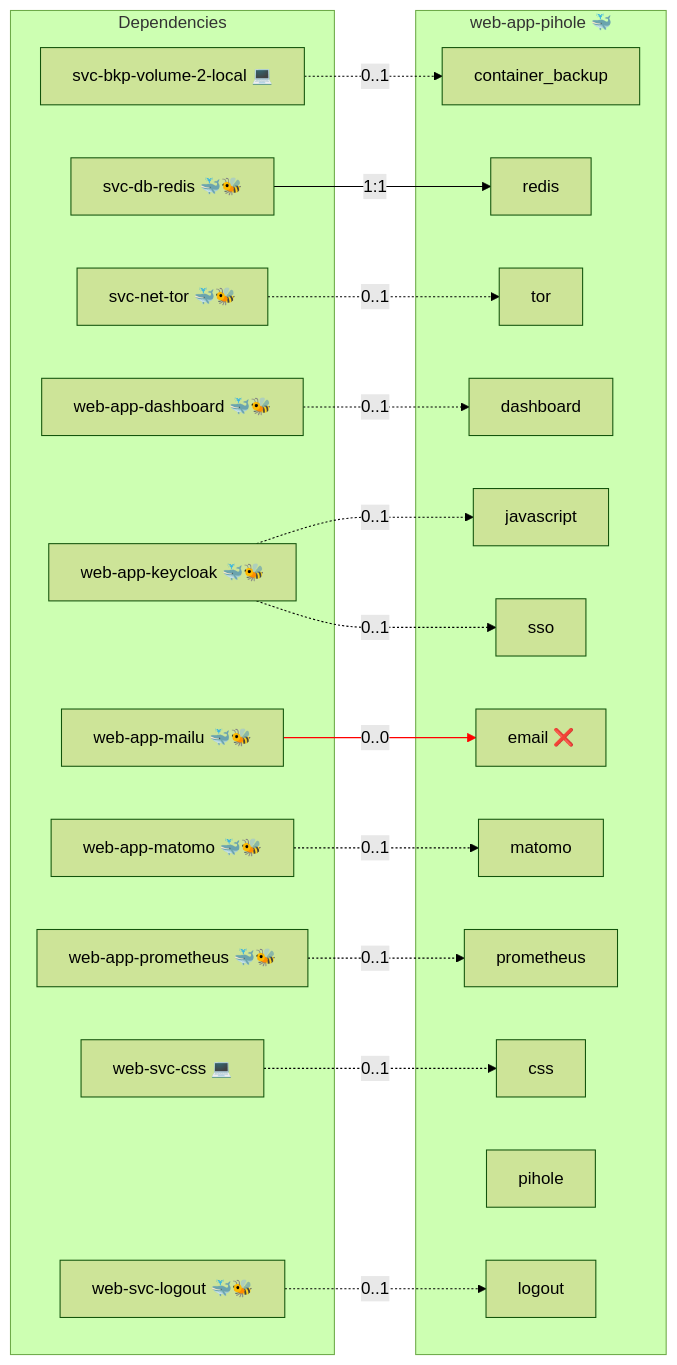
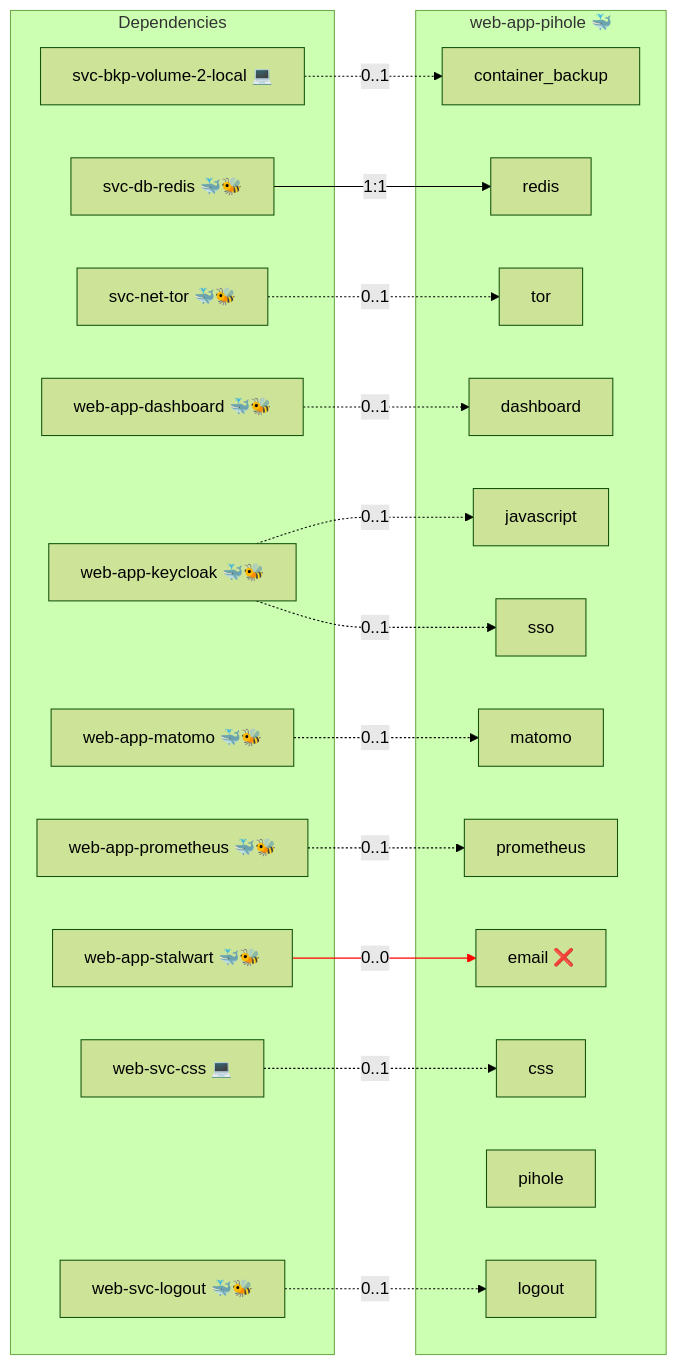
Before and after one commit to AlejandroRomanIbanez/infinito-nexus: the diagram in roles/web-app-pihole/README.md, drawn with Mermaid (forest theme). The commit also changed 67 other files, not shown here.

````diff
--- a/roles/web-app-pihole/README.md
+++ b/roles/web-app-pihole/README.md
@@ -17,41 +17,41 @@
 ```mermaid
 flowchart LR
     subgraph deps [Dependencies]
         dep_svc_bkp_volume_2_local["svc-bkp-volume-2-local 💻"]
         dep_svc_db_redis["svc-db-redis 🐳🐝"]
         dep_svc_net_tor["svc-net-tor 🐳🐝"]
         dep_web_app_dashboard["web-app-dashboard 🐳🐝"]
         dep_web_app_keycloak["web-app-keycloak 🐳🐝"]
-        dep_web_app_mailu["web-app-mailu 🐳🐝"]
         dep_web_app_matomo["web-app-matomo 🐳🐝"]
         dep_web_app_prometheus["web-app-prometheus 🐳🐝"]
+        dep_web_app_stalwart["web-app-stalwart 🐳🐝"]
         dep_web_svc_css["web-svc-css 💻"]
         dep_web_svc_logout["web-svc-logout 🐳🐝"]
     end
     subgraph role [web-app-pihole 🐳]
         svc_logout["logout"]
         svc_dashboard["dashboard"]
         svc_matomo["matomo"]
         svc_email["email ❌"]
         svc_redis["redis"]
         svc_javascript["javascript"]
         svc_prometheus["prometheus"]
         svc_tor["tor"]
         svc_css["css"]
         svc_sso["sso"]
         svc_pihole["pihole"]
         svc_container_backup["container_backup"]
     end
     dep_svc_bkp_volume_2_local -. "0..1" .-> svc_container_backup
     dep_svc_db_redis -- "1:1" --> svc_redis
     dep_svc_net_tor -. "0..1" .-> svc_tor
     dep_web_app_dashboard -. "0..1" .-> svc_dashboard
     dep_web_app_keycloak -. "0..1" .-> svc_javascript
     dep_web_app_keycloak -. "0..1" .-> svc_sso
-    dep_web_app_mailu -- "0..0" --> svc_email
     dep_web_app_matomo -. "0..1" .-> svc_matomo
     dep_web_app_prometheus -. "0..1" .-> svc_prometheus
+    dep_web_app_stalwart -- "0..0" --> svc_email
     dep_web_svc_css -. "0..1" .-> svc_css
     dep_web_svc_logout -. "0..1" .-> svc_logout
-    linkStyle 6 stroke:red;
+    linkStyle 8 stroke:red;
 ```
````
